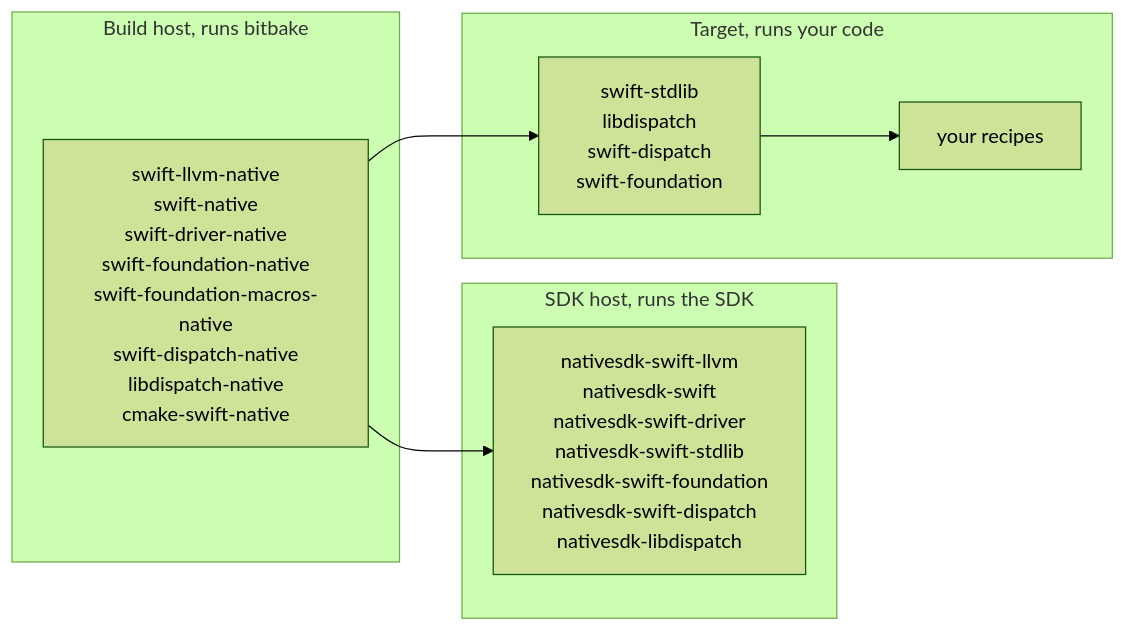
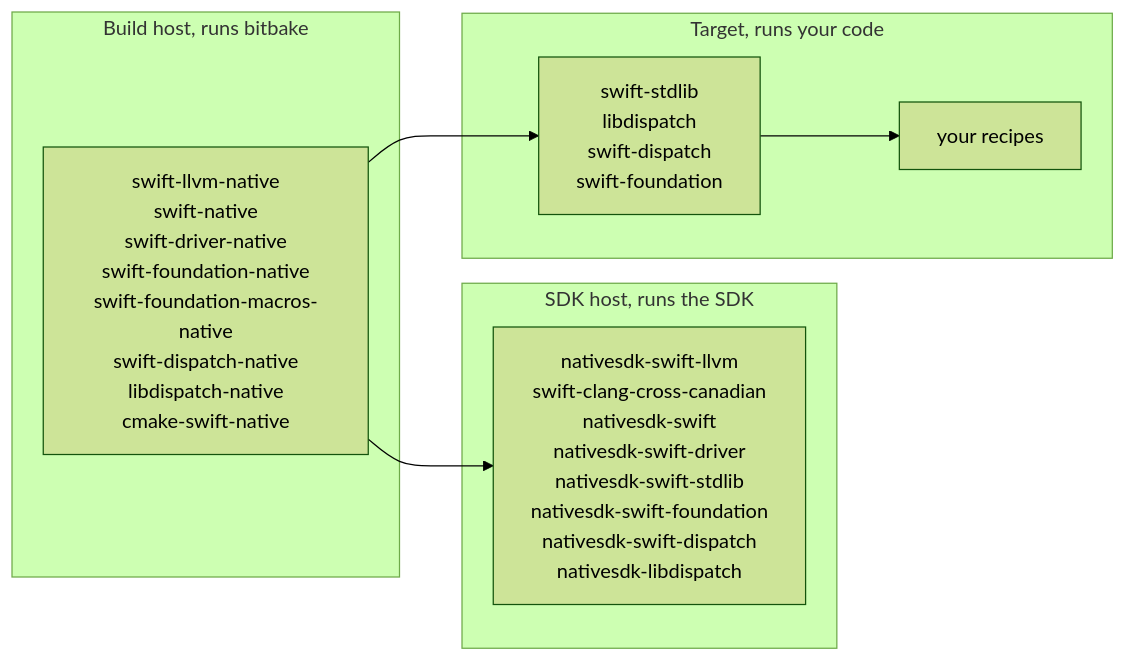
The third of 3 diagrams in README.md (nikolaszimmermann/meta-swift), drawn with Mermaid (forest theme) before and after one commit. The commit also changed other lines of this file and 4 other files, not shown here.

````diff
--- a/README.md
+++ b/README.md
@@ -137,16 +137,16 @@
 ```mermaid
 flowchart LR
     subgraph build["Build host, runs bitbake"]
         native["swift-llvm-native<br/>swift-native<br/>swift-driver-native<br/>swift-foundation-native<br/>swift-foundation-macros-native<br/>swift-dispatch-native<br/>libdispatch-native<br/>cmake-swift-native"]
     end
     subgraph sdk["SDK host, runs the SDK"]
-        nsdk["nativesdk-swift-llvm<br/>nativesdk-swift<br/>nativesdk-swift-driver<br/>nativesdk-swift-stdlib<br/>nativesdk-swift-foundation<br/>nativesdk-swift-dispatch<br/>nativesdk-libdispatch"]
+        nsdk["nativesdk-swift-llvm<br/>swift-clang-cross-canadian<br/>nativesdk-swift<br/>nativesdk-swift-driver<br/>nativesdk-swift-stdlib<br/>nativesdk-swift-foundation<br/>nativesdk-swift-dispatch<br/>nativesdk-libdispatch"]
     end
     subgraph target["Target, runs your code"]
         rt["swift-stdlib<br/>libdispatch<br/>swift-dispatch<br/>swift-foundation"]
         app["your recipes"]
     end
 
     native --> nsdk
     native --> rt --> app
 ```
````
